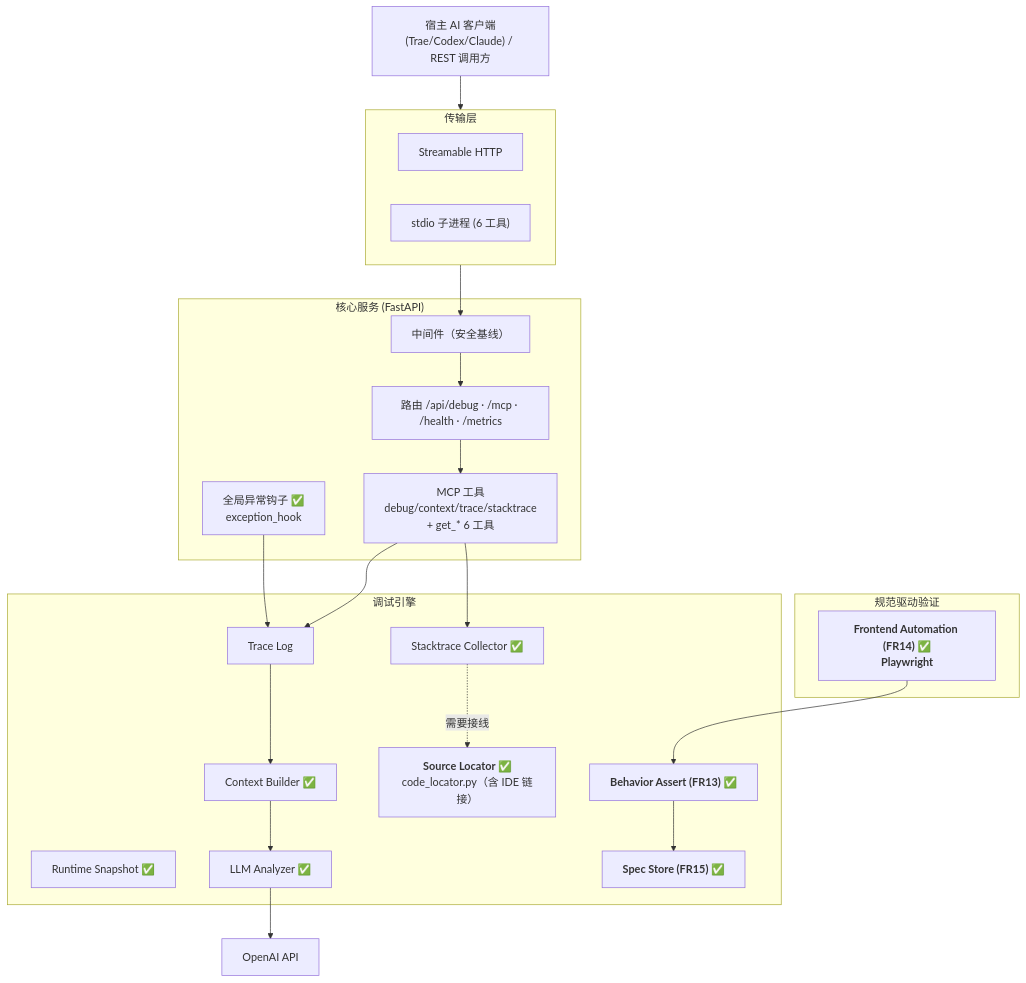
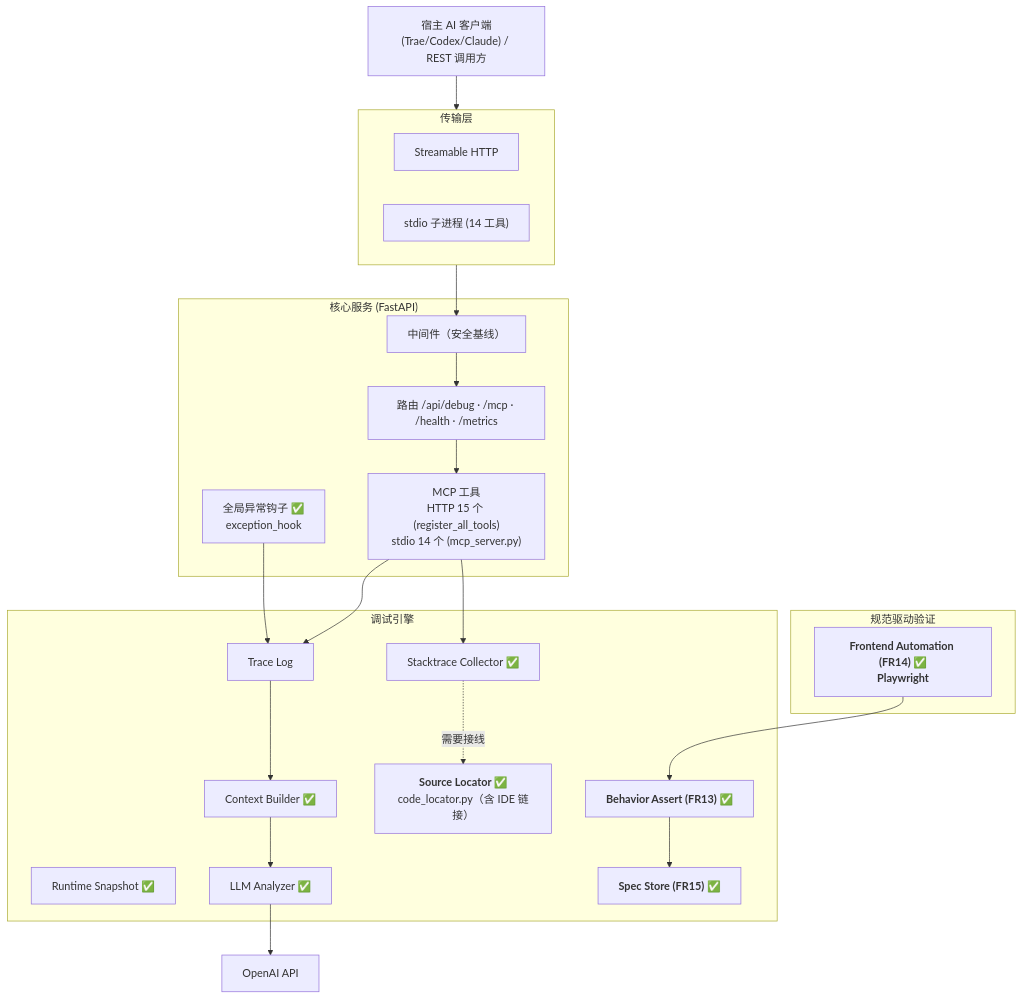
The first of 3 diagrams in PRD.md (Ljj041120/Lujo-MCP), drawn with Mermaid before and after one commit. The commit also changed other lines of this file and 8 other files, not shown here.

First line of the commit message:
docs: 登记 ENV-001/WIP-001、统一 MCP 工具数口径（HTTP 15 / stdio 14）

````diff
--- a/PRD.md
+++ b/PRD.md
@@ -237,42 +237,42 @@
 ```mermaid
 flowchart TB
     Client["宿主 AI 客户端<br/>(Trae/Codex/Claude) / REST 调用方"]
 
     subgraph Transport["传输层"]
         HTTP["Streamable HTTP"]
-        STDIO["stdio 子进程 (6 工具)"]
+        STDIO["stdio 子进程 (14 工具)"]
     end
 
     subgraph Core["核心服务 (FastAPI)"]
         Hook["全局异常钩子 ✅<br/>exception_hook"]
         MW["中间件（安全基线）"]
         Router["路由 /api/debug · /mcp · /health · /metrics"]
-        Tools["MCP 工具<br/>debug/context/trace/stacktrace<br/>+ get_* 6 工具"]
+        Tools["MCP 工具<br/>HTTP 15 个 (register_all_tools)<br/>stdio 14 个 (mcp_server.py)"]
     end
 
     subgraph Engine["调试引擎"]
         Logs["Trace Log"]
         Builder["Context Builder ✅"]
         Stack["Stacktrace Collector ✅"]
         Locator["<b>Source Locator ✅</b><br/>code_locator.py（含 IDE 链接）"]
         Runtime["Runtime Snapshot ✅"]
         Analyzer["LLM Analyzer ✅"]
         Assert["<b>Behavior Assert (FR13) ✅</b>"]
         SpecStore["<b>Spec Store (FR15) ✅</b>"]
     end
 
     subgraph Verify["规范驱动验证"]
         E2E["<b>Frontend Automation (FR14) ✅<br/>Playwright</b>"]
     end
 
     Client --> Transport
     Hook --> Logs
     Transport --> MW --> Router --> Tools
     Tools --> Logs --> Builder
     Tools --> Stack
     Stack -.需要接线.-> Locator
     Builder --> Analyzer
     Analyzer --> LLM["OpenAI API"]
     Assert --> SpecStore
     E2E --> Assert
 ```
````
